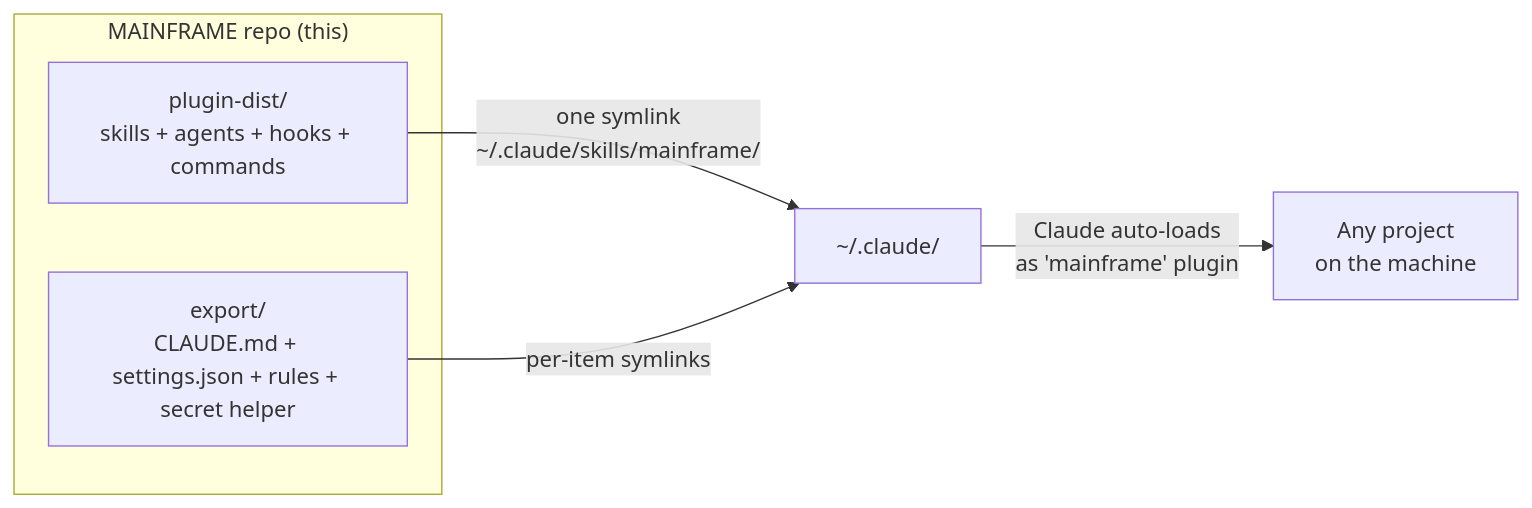
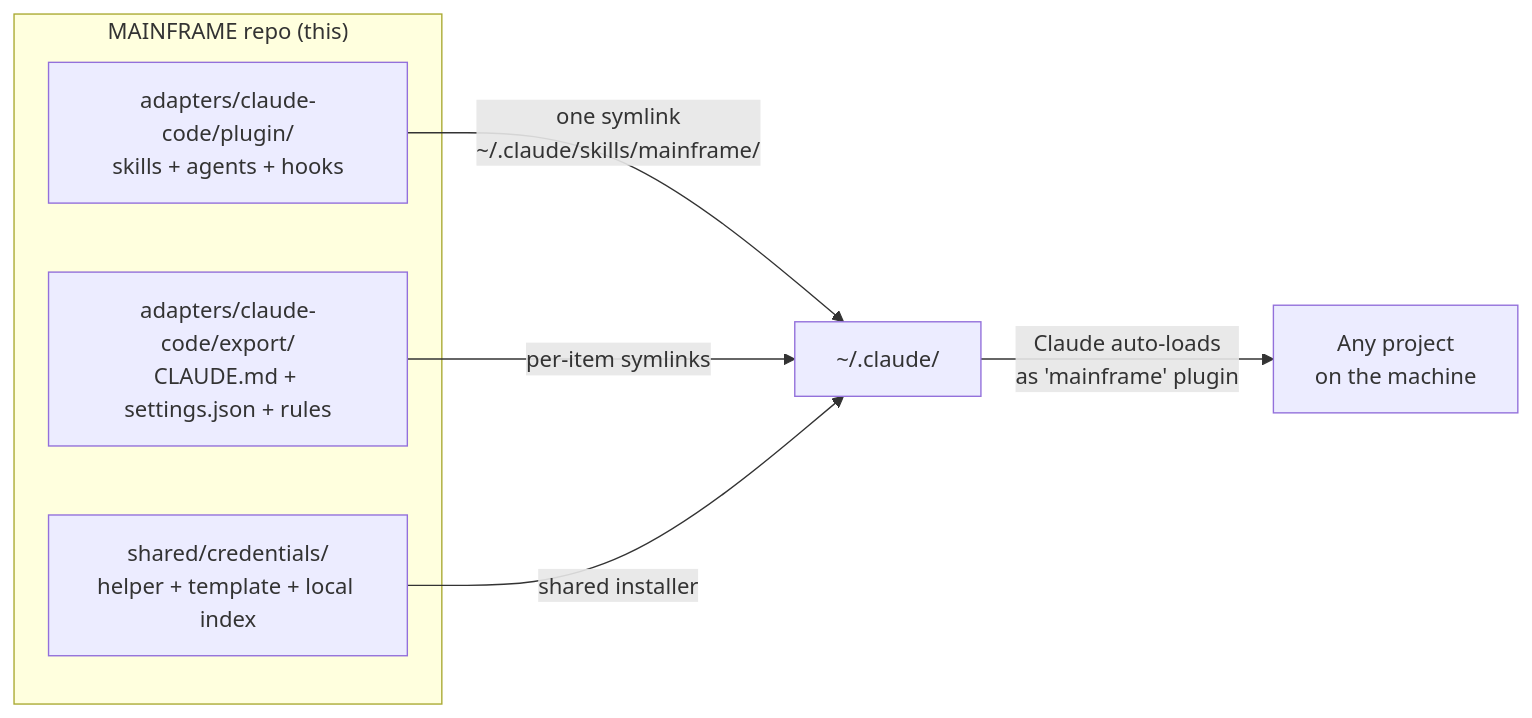
Before and after one commit to CATWILLgh/MAINFRAME: the first of 4 diagrams in README.md, drawn with Mermaid. The commit also changed other lines of this file and 173 other files, not shown here.

First line of the commit message:
refactor(delivery): isolate the Claude Code adapter

````diff
--- a/README.md
+++ b/README.md
@@ -180,11 +180,13 @@
 ```mermaid
 graph LR
     subgraph repo["MAINFRAME repo (this)"]
-      P[plugin-dist/<br/>skills + agents + hooks + commands]
-      E[export/<br/>CLAUDE.md + settings.json + rules + secret helper]
+      P[adapters/claude-code/plugin/<br/>skills + agents + hooks]
+      E[adapters/claude-code/export/<br/>CLAUDE.md + settings.json + rules]
+      S[shared/credentials/<br/>helper + template + local index]
     end
 
     P -->|one symlink<br/>~/.claude/skills/mainframe/| home[~/.claude/]
     E -->|per-item symlinks| home
+    S -->|shared installer| home
     home -->|Claude auto-loads<br/>as 'mainframe' plugin| any[Any project<br/>on the machine]
 ```
````
